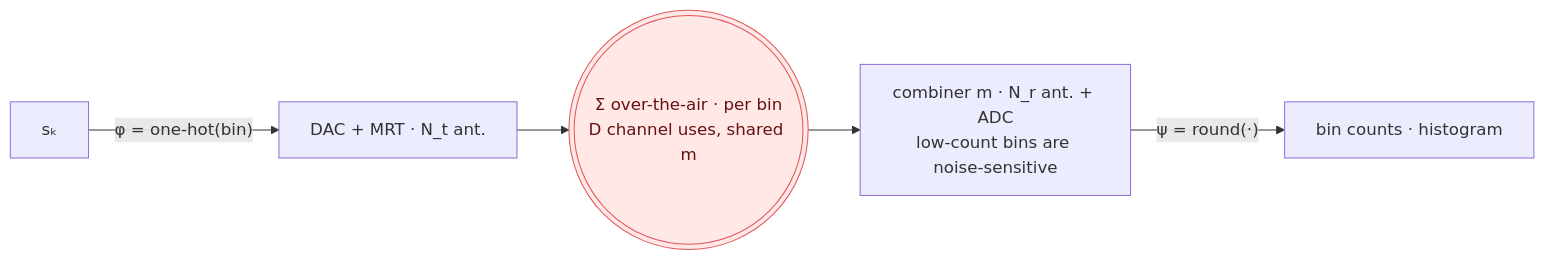
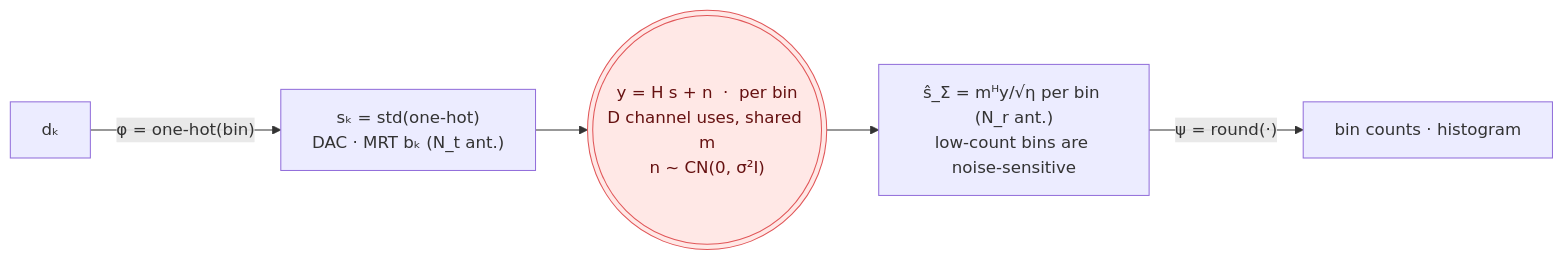
Diagram 11 of 13 in README.md (wincle626/OverAirCompute), drawn with Mermaid before and after one commit. The commit also changed other lines of this file, not shown here.

````diff
--- a/README.md
+++ b/README.md
@@ -354,9 +371,9 @@
 ```mermaid
 flowchart LR
-    s["sₖ"] -->|"φ = one-hot(bin)"| tx["DAC + MRT · N_t ant."]
-    tx --> air((("Σ over-the-air · per bin<br/>D channel uses, shared m")))
-    air --> rx["combiner m · N_r ant. + ADC<br/>low-count bins are noise-sensitive"]
+    d["dₖ"] -->|"φ = one-hot(bin)"| tx["sₖ = std(one-hot)<br/>DAC · MRT bₖ (N_t ant.)"]
+    tx --> y((("y = H s + n  ·  per bin<br/>D channel uses, shared m<br/>n ~ CN(0, σ²I)")))
+    y --> rx["ŝ_Σ = mᴴy/√η per bin (N_r ant.)<br/>low-count bins are noise-sensitive"]
     rx -->|"ψ = round(·)"| r["bin counts  ·  histogram"]
     classDef hot fill:#ffe8e6,stroke:#E15759,color:#611;
-    class air hot;
+    class y hot;
 ```
````
